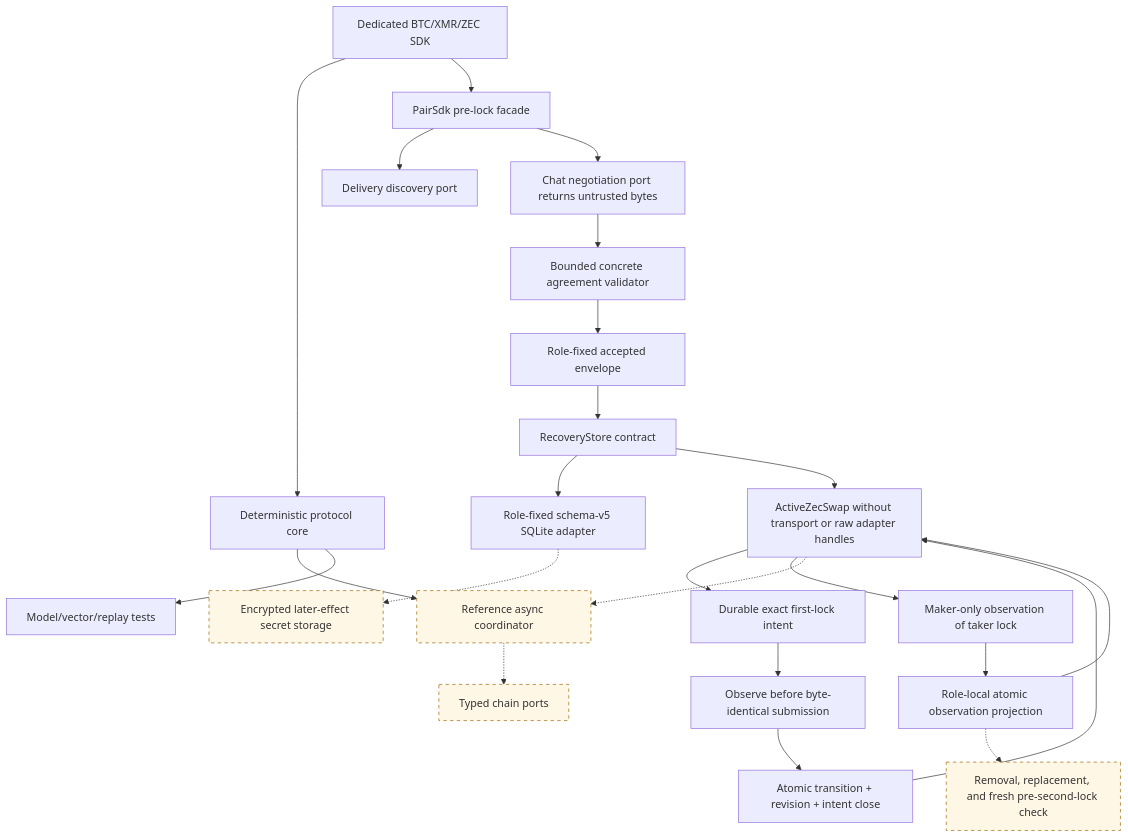
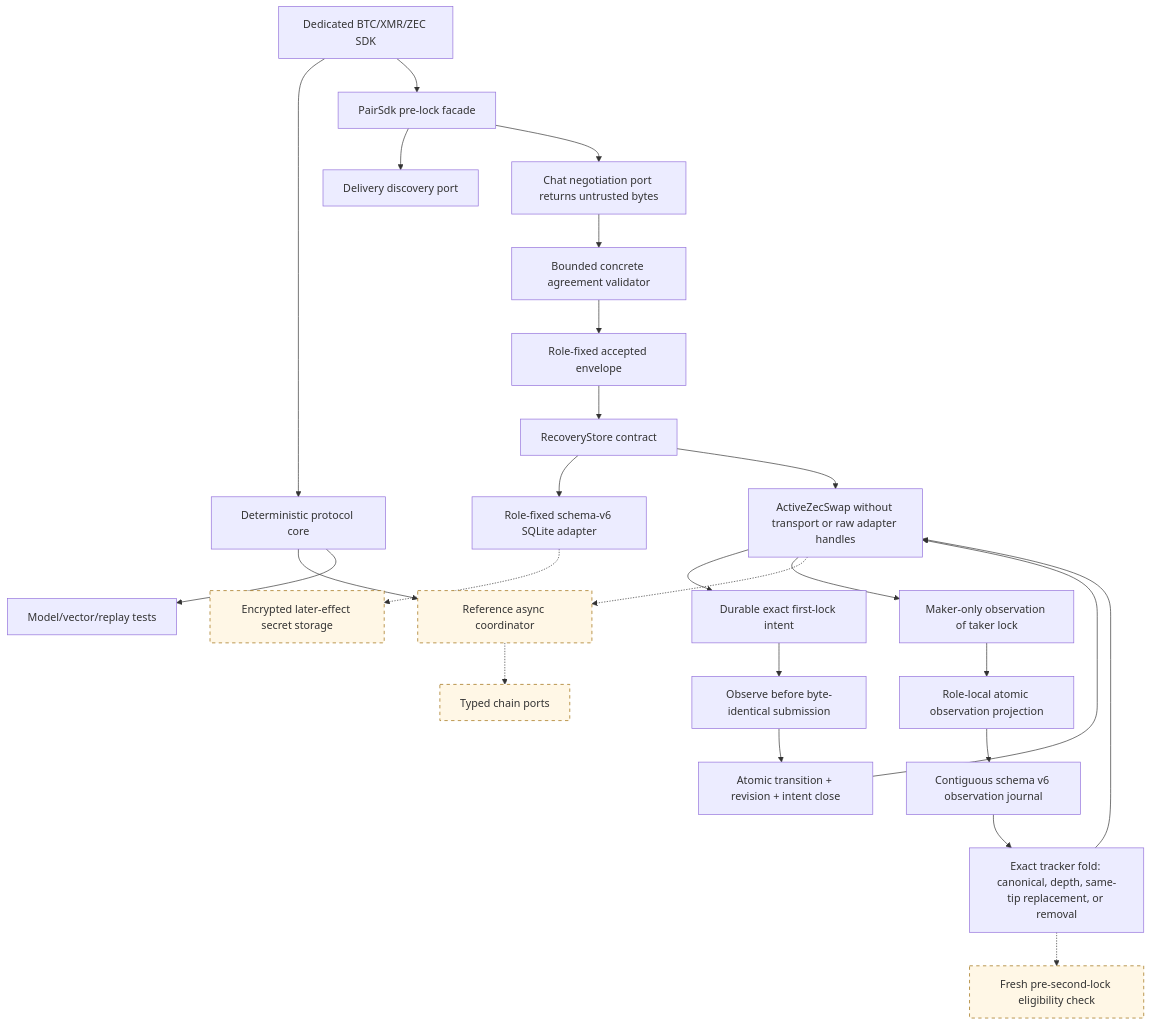
The diagram in docs/architecture/0013-sdk-layering.md (gateway-fm/lez-atomic-swaps), drawn with Mermaid before and after one commit. The commit also changed other lines of this file and 18 other files, not shown here.

Commit message:
feat: journal canonical maker observations

````diff
--- a/docs/architecture/0013-sdk-layering.md
+++ b/docs/architecture/0013-sdk-layering.md
@@ -7,28 +7,30 @@
 ```mermaid
 flowchart TB
     Pair["Dedicated BTC/XMR/ZEC SDK"] --> Core["Deterministic protocol core"]
     Pair --> Facade["PairSdk pre-lock facade"]
     Facade --> Discovery["Delivery discovery port"]
     Facade --> Negotiation["Chat negotiation port returns untrusted bytes"]
     Negotiation --> Validator["Bounded concrete agreement validator"]
     Validator --> Accepted["Role-fixed accepted envelope"]
     Accepted --> Store["RecoveryStore contract"]
-    Store --> SQLite["Role-fixed schema-v5 SQLite adapter"]
+    Store --> SQLite["Role-fixed schema-v6 SQLite adapter"]
     Store --> Active["ActiveZecSwap without transport or raw adapter handles"]
     Active --> Intent["Durable exact first-lock intent"]
     Intent --> Observe["Observe before byte-identical submission"]
     Observe --> Projection["Atomic transition + revision + intent close"]
     Projection --> Active
     Active --> MakerObserve["Maker-only observation of taker lock"]
     MakerObserve --> MakerProjection["Role-local atomic observation projection"]
-    MakerProjection --> Active
-    MakerProjection -.-> Reconcile["Removal, replacement, and fresh pre-second-lock check"]
+    MakerProjection --> Journal["Contiguous schema v6 observation journal"]
+    Journal --> Reconcile["Exact tracker fold: canonical, depth, same-tip replacement, or removal"]
+    Reconcile --> Active
+    Reconcile -.-> Fresh["Fresh pre-second-lock eligibility check"]
     Active -.-> Runtime["Reference async coordinator"]
     Runtime -.-> Nodes["Typed chain ports"]
     SQLite -.-> Encrypted["Encrypted later-effect secret storage"]
     Core --> Runtime
     Core --> Tests["Model/vector/replay tests"]
 
     classDef planned stroke-dasharray: 5 5,fill:#fff7e6,stroke:#9a6700;
-    class Runtime,Nodes,Encrypted,Reconcile planned;
+    class Runtime,Nodes,Encrypted,Fresh planned;
 ```
````
